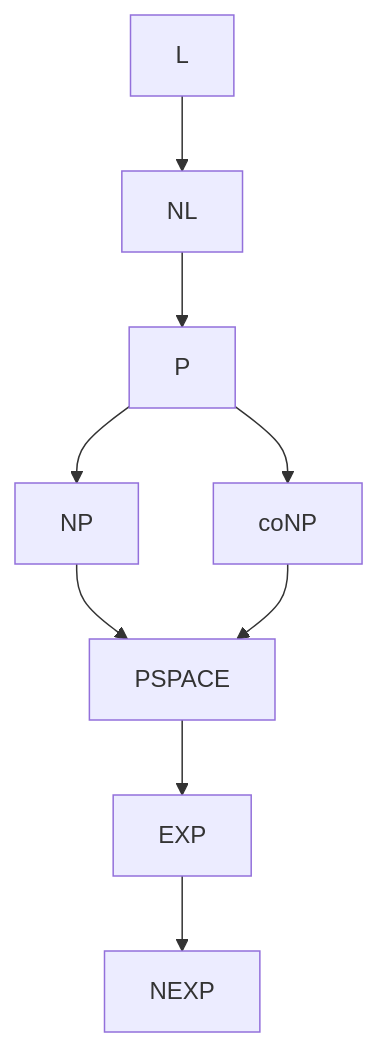
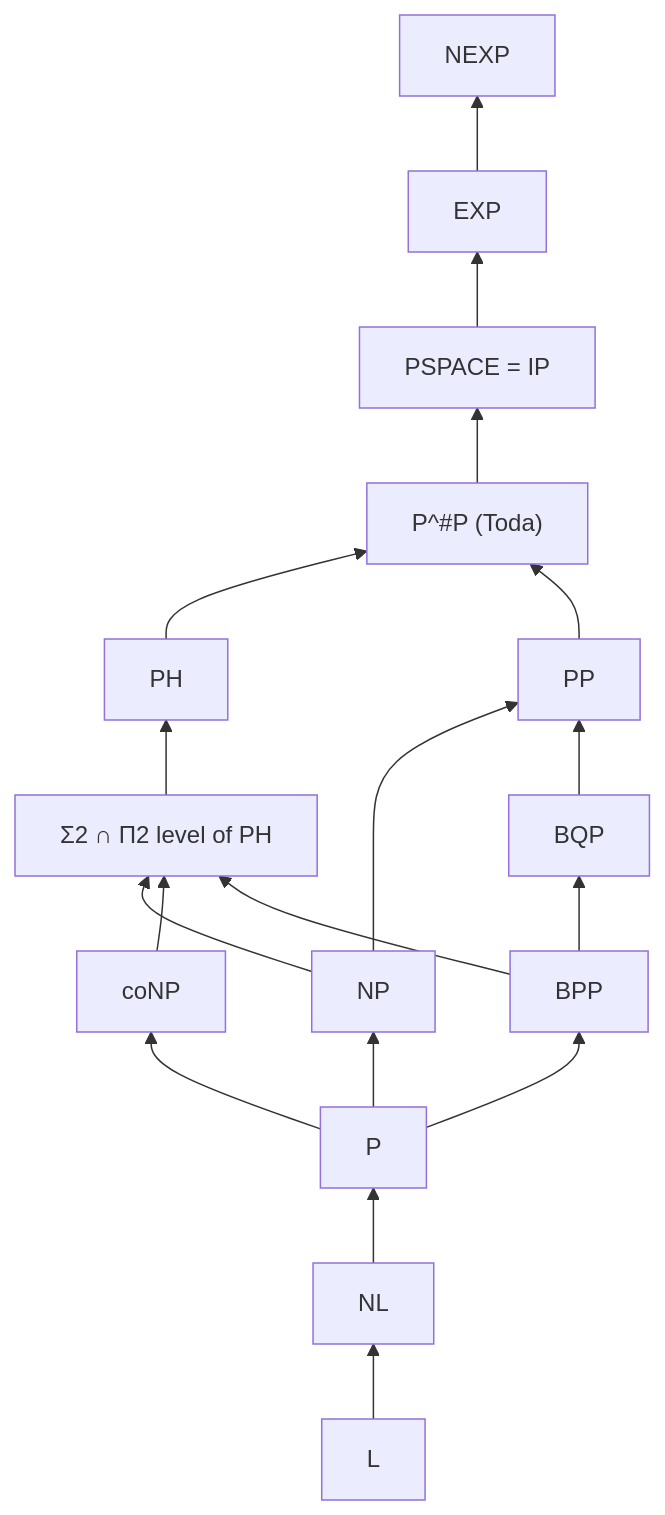
The second of 5 diagrams in github-pages/docs/advanced/complexity-theory.md (AndrewAltimit/Documentation), drawn with Mermaid before and after one commit. The commit also changed other lines of this file and 240 other files, not shown here.

````diff
--- a/github-pages/docs/advanced/complexity-theory.md
+++ b/github-pages/docs/advanced/complexity-theory.md
@@ -122,11 +102,20 @@
 ```mermaid
-flowchart TD
+flowchart BT
     L["L"] --> NL["NL"]
     NL --> P["P"]
     P --> NP["NP"]
     P --> coNP["coNP"]
-    NP --> PSPACE["PSPACE"]
-    coNP --> PSPACE
+    P --> BPP["BPP"]
+    NP --> S2["Σ2 ∩ Π2 level of PH"]
+    coNP --> S2
+    BPP --> S2
+    BPP --> BQP["BQP"]
+    NP --> PP["PP"]
+    BQP --> PP
+    S2 --> PH["PH"]
+    PH --> PPP["P^#P (Toda)"]
+    PP --> PPP
+    PPP --> PSPACE["PSPACE = IP"]
     PSPACE --> EXP["EXP"]
     EXP --> NEXP["NEXP"]
 ```
````
